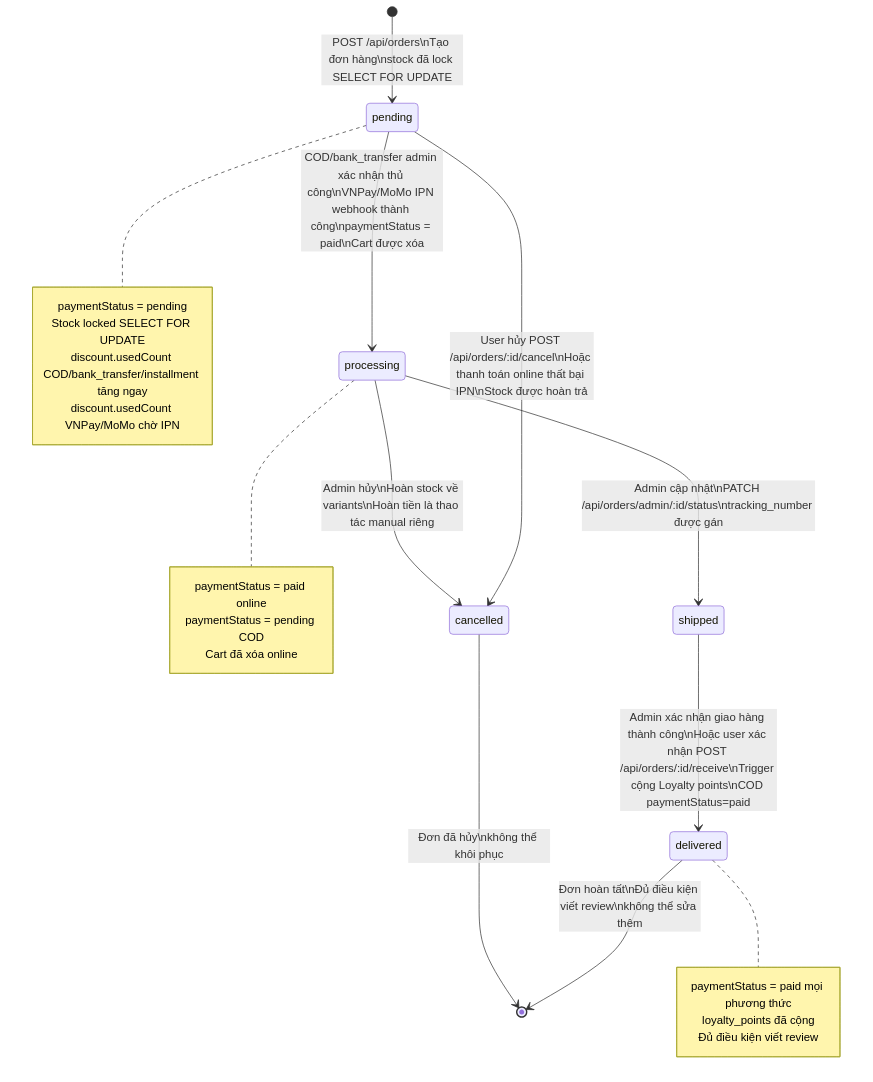
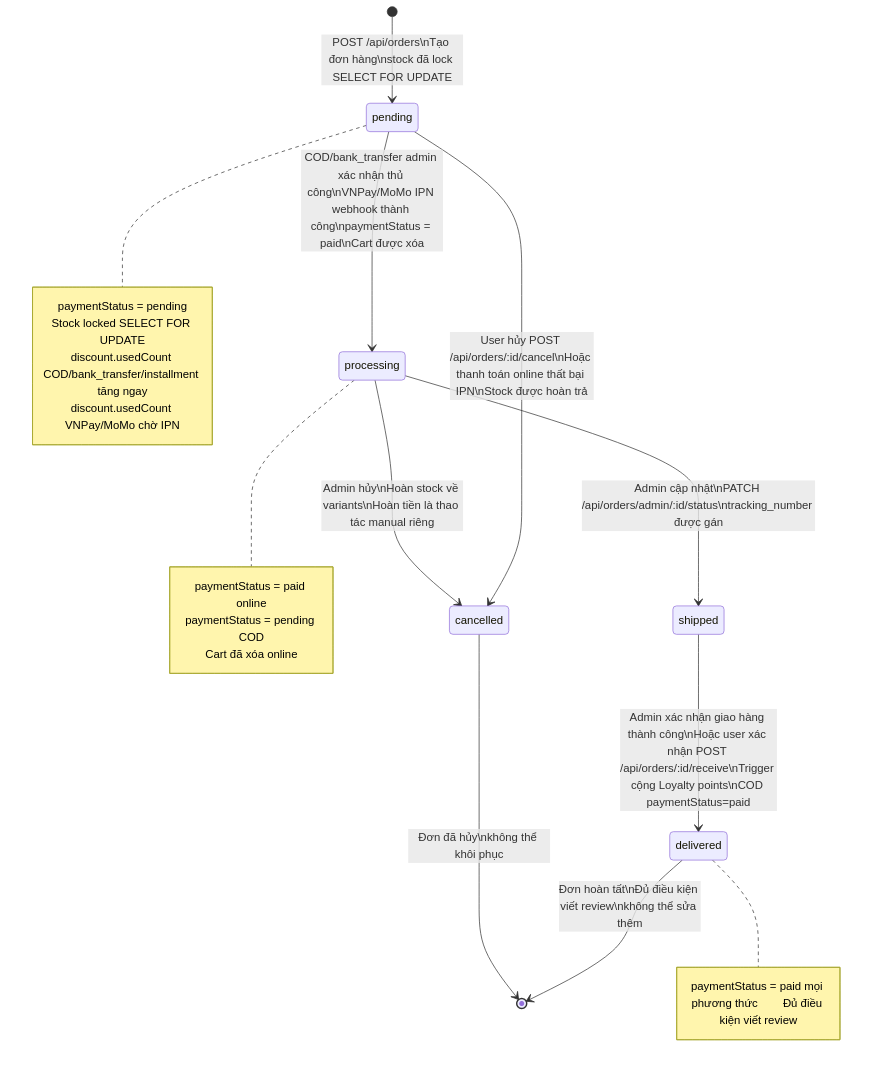
Diagram 24 of 28 in DIAGRAMS.md (MinhThang1009/E-commerce-website), drawn with Mermaid before and after one commit. The commit also changed other lines of this file and 7 other files, not shown here.

````diff
--- a/DIAGRAMS.md
+++ b/DIAGRAMS.md
@@ -1441,37 +1441,35 @@
 ```mermaid
 stateDiagram-v2
     [*] --> pending : POST /api/orders\nTạo đơn hàng\nstock đã lock SELECT FOR UPDATE
 
     pending --> processing : COD/bank_transfer admin xác nhận thủ công\nVNPay/MoMo IPN webhook thành công\npaymentStatus = paid\nCart được xóa
 
     pending --> cancelled : User hủy POST /api/orders/:id/cancel\nHoặc thanh toán online thất bại IPN\nStock được hoàn trả
 
     processing --> shipped : Admin cập nhật\nPATCH /api/orders/admin/:id/status\ntracking_number được gán
 
     processing --> cancelled : Admin hủy\nHoàn stock về variants\nHoàn tiền là thao tác manual riêng
 
     shipped --> delivered : Admin xác nhận giao hàng thành công\nHoặc user xác nhận POST /api/orders/:id/receive\nTrigger cộng Loyalty points\nCOD paymentStatus=paid
 
     delivered --> [*] : Đơn hoàn tất\nĐủ điều kiện viết review\nkhông thể sửa thêm
 
     cancelled --> [*] : Đơn đã hủy\nkhông thể khôi phục
 
     note right of pending
         paymentStatus = pending
         Stock locked SELECT FOR UPDATE
         discount.usedCount COD/bank_transfer/installment tăng ngay
         discount.usedCount VNPay/MoMo chờ IPN
     end note
 
     note right of processing
         paymentStatus = paid online
         paymentStatus = pending COD
         Cart đã xóa online
     end note
 
     note right of delivered
-        paymentStatus = paid mọi phương thức
-        loyalty_points đã cộng
-        Đủ điều kiện viết review
+        paymentStatus = paid mọi phương thức        Đủ điều kiện viết review
     end note
 ```
````
